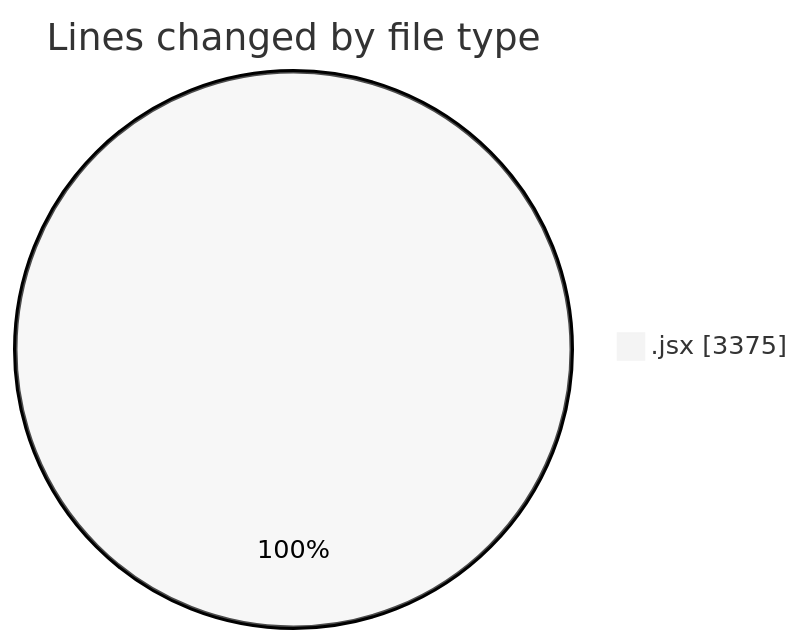
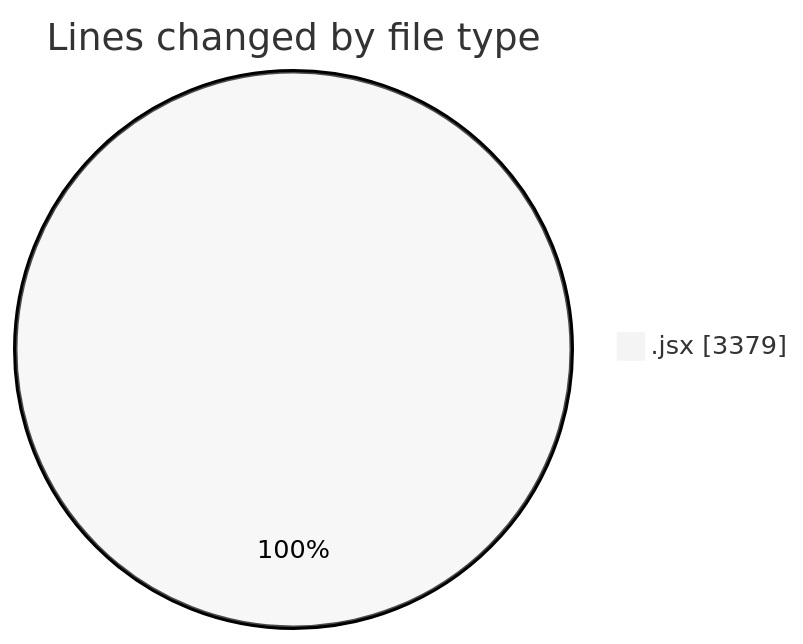
The first of 2 diagrams in 2025-06-16/nxtqube_webapp/README.md (nxtqubesakshisongat/code-tracking), drawn with Mermaid (neutral theme) before and after one commit. The commit also changed other lines of this file and 1 other file, not shown here.

````diff
--- a/2025-06-16/nxtqube_webapp/README.md
+++ b/2025-06-16/nxtqube_webapp/README.md
@@ -22,5 +22,5 @@
 ```mermaid
 pie showData
 title Lines changed by file type
-".jsx" : 3375
+".jsx" : 3379
 ```
````
